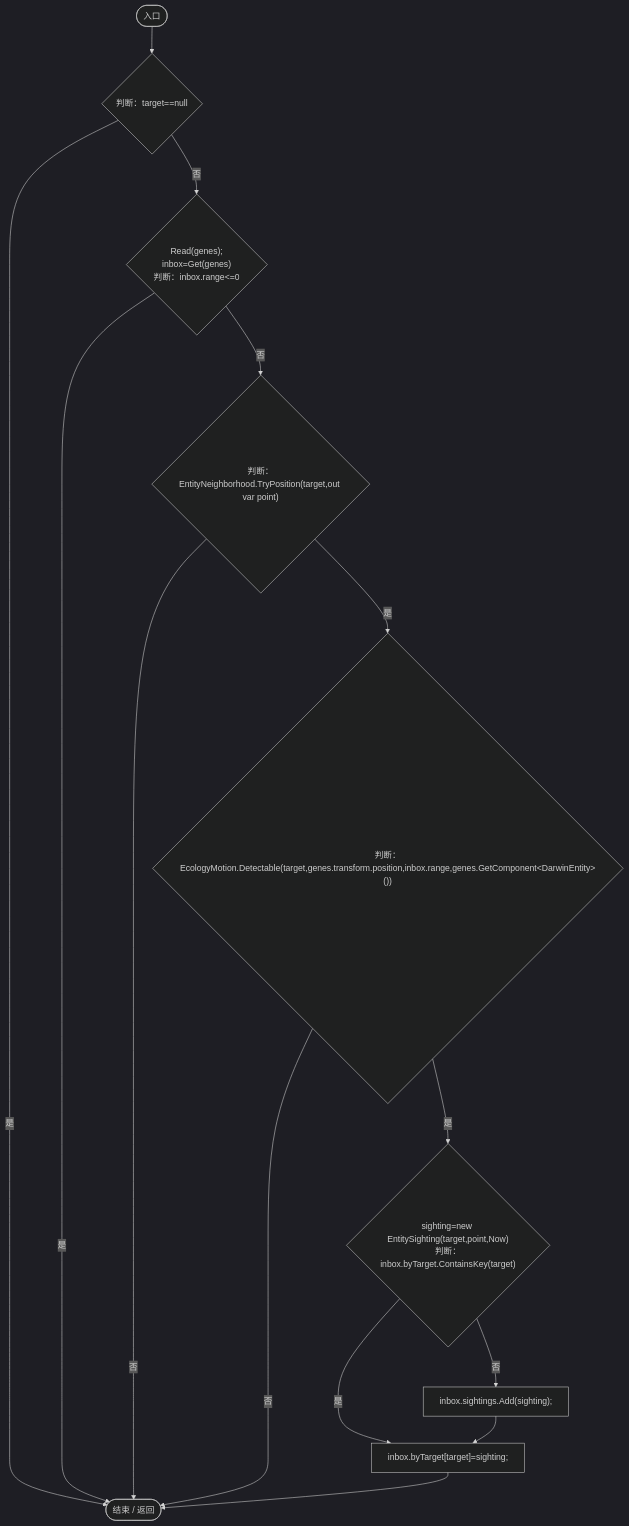
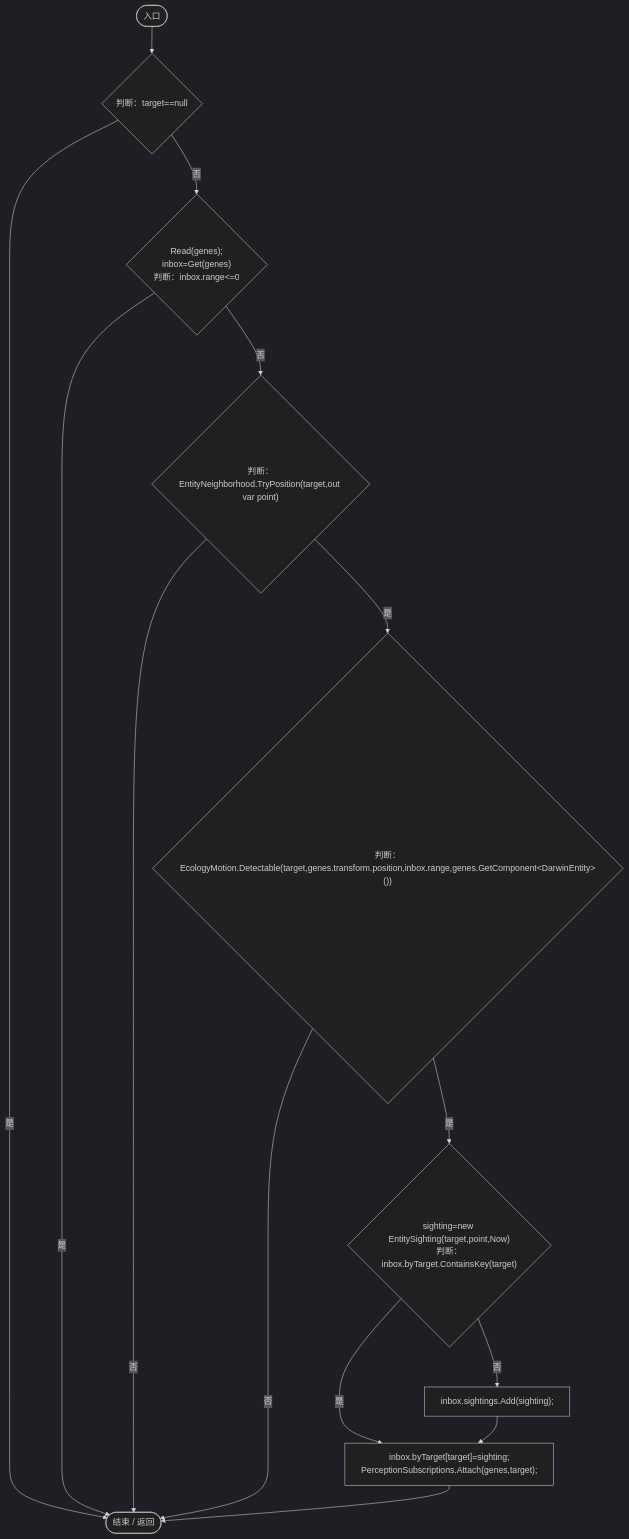
One commit to xhs6666/Darwin_paradise changed diagram 14 of 17 in Docs/运行流程图/脚本/aeecc36cb2c3cc24.md. Above: the diagram before and after it, drawn with Mermaid (dark theme). The commit also changed other lines of this file and 233 other files, not shown here.

````diff
--- a/Docs/运行流程图/脚本/aeecc36cb2c3cc24.md
+++ b/Docs/运行流程图/脚本/aeecc36cb2c3cc24.md
@@ -471,26 +474,26 @@
 ```mermaid
 flowchart TD
   b0(["入口"])
   b1{"判断：target==null"}
   b2{"Read(genes);<br/>inbox=Get(genes)<br/>判断：inbox.range&lt;=0"}
   b3{"判断：EntityNeighborhood.TryPosition(target,out var point)"}
   b4{"判断：EcologyMotion.Detectable(target,genes.transform.position,inbox.range,genes.GetComponent&lt;DarwinEntity&gt;())"}
   b5{"sighting=new EntitySighting(target,point,Now)<br/>判断：inbox.byTarget.ContainsKey(target)"}
   b6["inbox.sightings.Add(sighting);"]
-  b7["inbox.byTarget[target]=sighting;"]
+  b7["inbox.byTarget[target]=sighting;<br/>PerceptionSubscriptions.Attach(genes,target);"]
   b8(["结束 / 返回"])
   b0 --> b1
   b1 -->|"是"| b8
   b1 -->|"否"| b2
   b2 -->|"否"| b3
   b2 -->|"是"| b8
   b3 -->|"是"| b4
   b3 -->|"否"| b8
   b4 -->|"否"| b8
   b4 -->|"是"| b5
   b5 -->|"否"| b6
   b5 -->|"是"| b7
   b6 --> b7
   b7 --> b8
 
 ```
````
